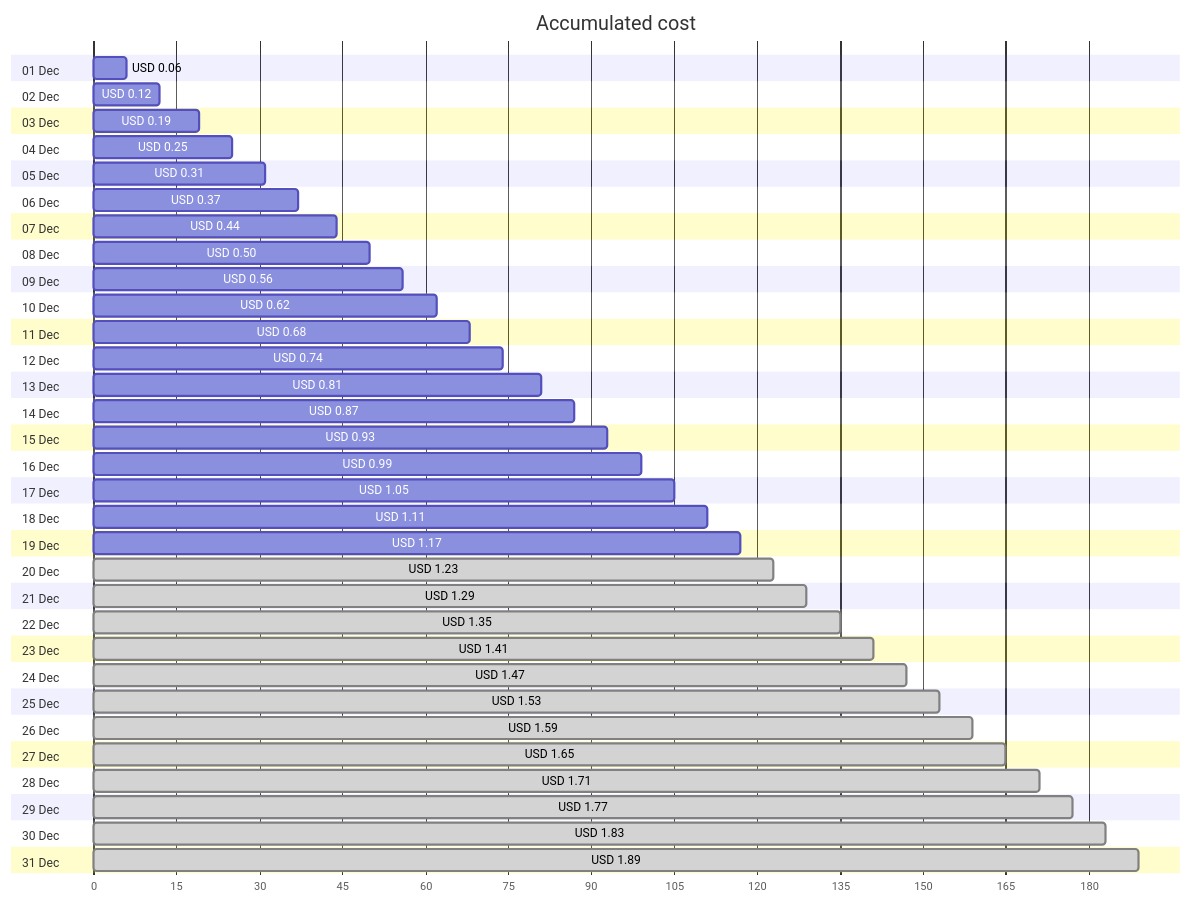
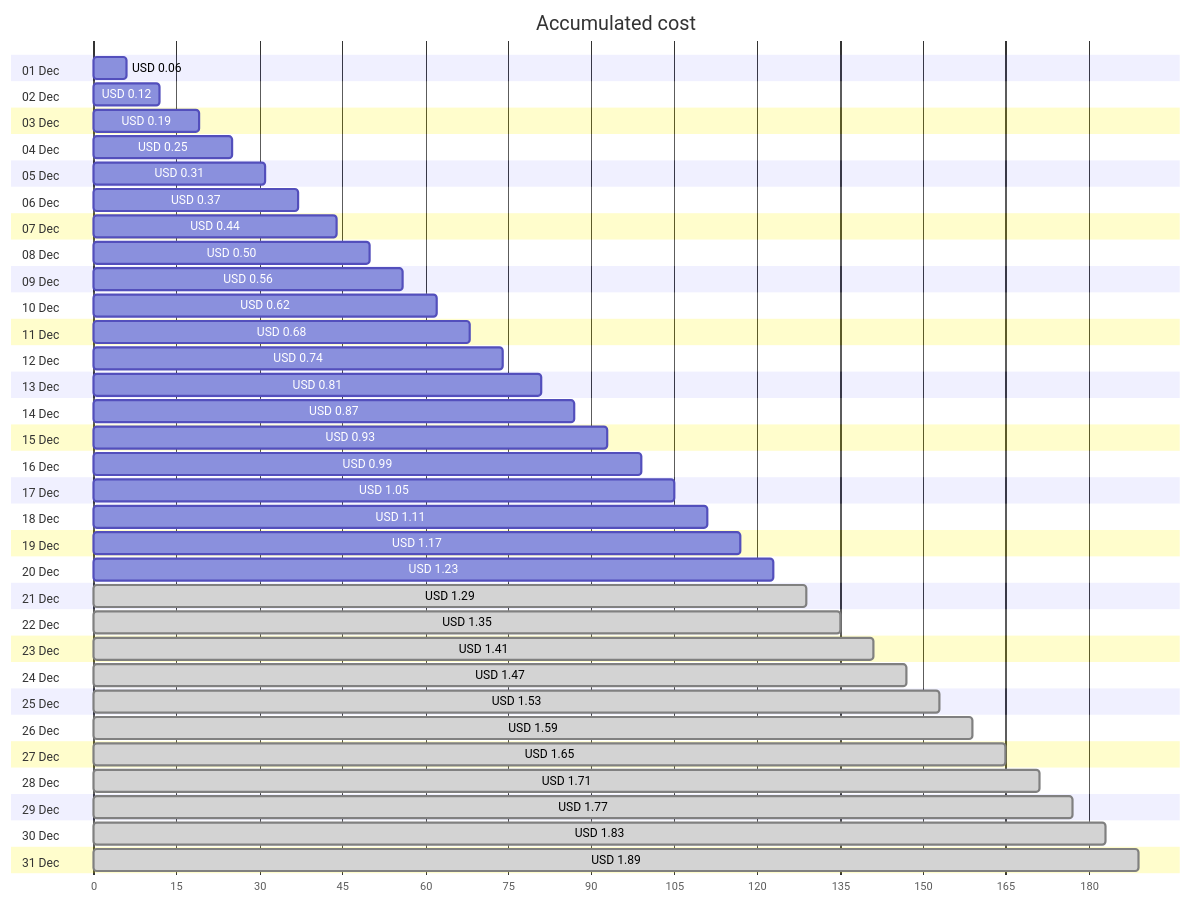
One commit to jpfulton/azure-personal-reports changed the first of 4 diagrams in cost-reports/personal-network/backup-server_OsDisk.md. Above: the diagram before and after it, drawn with Mermaid. The commit also changed other lines of this file and 8 other files, not shown here.

````diff
--- a/cost-reports/personal-network/backup-server_OsDisk.md
+++ b/cost-reports/personal-network/backup-server_OsDisk.md
@@ -20,68 +20,68 @@
 ```mermaid
 gantt
    title Accumulated cost
    dateFormat  X
    axisFormat %s
    section 01 Dec
    USD 0.06 :0, 6
    section 02 Dec
    USD 0.12 :0, 12
    section 03 Dec
    USD 0.19 :0, 19
    section 04 Dec
    USD 0.25 :0, 25
    section 05 Dec
    USD 0.31 :0, 31
    section 06 Dec
    USD 0.37 :0, 37
    section 07 Dec
    USD 0.44 :0, 44
    section 08 Dec
    USD 0.50 :0, 50
    section 09 Dec
    USD 0.56 :0, 56
    section 10 Dec
    USD 0.62 :0, 62
    section 11 Dec
    USD 0.68 :0, 68
    section 12 Dec
    USD 0.74 :0, 74
    section 13 Dec
    USD 0.81 :0, 81
    section 14 Dec
    USD 0.87 :0, 87
    section 15 Dec
    USD 0.93 :0, 93
    section 16 Dec
    USD 0.99 :0, 99
    section 17 Dec
    USD 1.05 :0, 105
    section 18 Dec
    USD 1.11 :0, 111
    section 19 Dec
    USD 1.17 :0, 117
    section 20 Dec
-   USD 1.23 : done, 0, 123
+   USD 1.23 :0, 123
    section 21 Dec
    USD 1.29 : done, 0, 129
    section 22 Dec
    USD 1.35 : done, 0, 135
    section 23 Dec
    USD 1.41 : done, 0, 141
    section 24 Dec
    USD 1.47 : done, 0, 147
    section 25 Dec
    USD 1.53 : done, 0, 153
    section 26 Dec
    USD 1.59 : done, 0, 159
    section 27 Dec
    USD 1.65 : done, 0, 165
    section 28 Dec
    USD 1.71 : done, 0, 171
    section 29 Dec
    USD 1.77 : done, 0, 177
    section 30 Dec
    USD 1.83 : done, 0, 183
    section 31 Dec
    USD 1.89 : done, 0, 189
 ```
````
